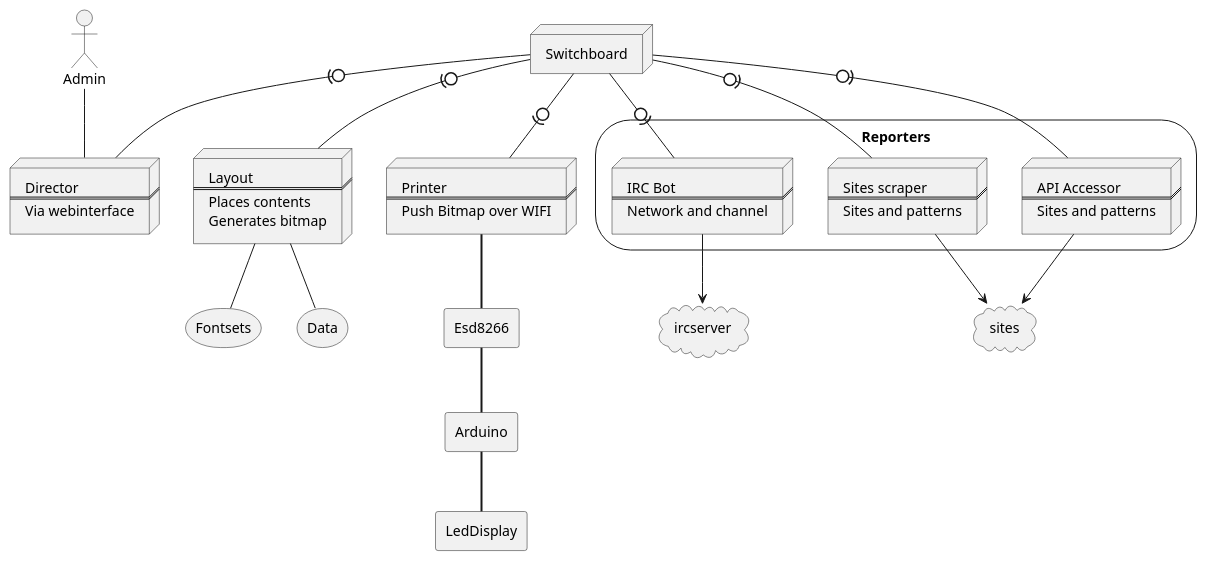
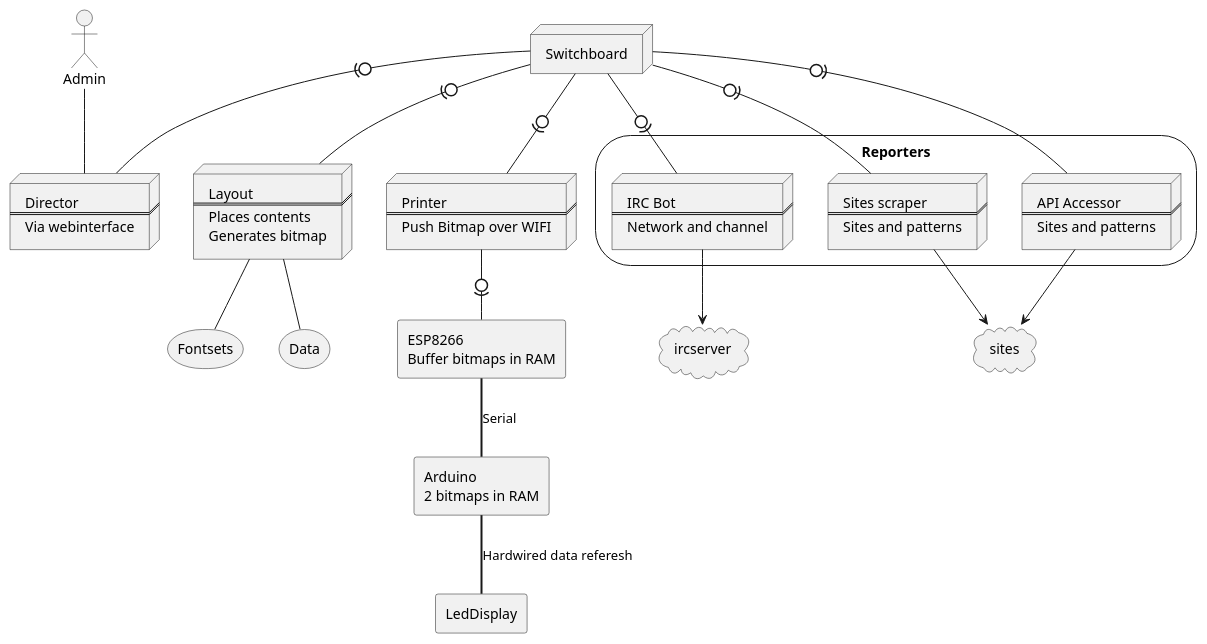
The diagram in docs/deployment.pu (chotee/ledslie-old), drawn with PlantUML before and after one commit.

Commit message:
Some more design.

```diff
--- a/docs/deployment.pu
+++ b/docs/deployment.pu
@@ -1,59 +1,66 @@
 @startuml
+actor Admin
+agent Esp8266 [
+ESP8266
+Buffer bitmaps in RAM
+]
+agent Arduino [
+Arduino
+2 bitmaps in RAM
+]
+agent LedDisplay
 node Director[
 Director
 ===
 Via webinterface
 ]
-actor Admin
 node Switchboard
 storage Reporters {
 node IRCBot [
 IRC Bot
 ===
 Network and channel
 ]
+
 node Webscraper [
 Sites scraper
 ===
 Sites and patterns
 ]
 node APIAccessor [
 API Accessor
 ===
 Sites and patterns
 ]
 }
-cloud sites 
-cloud ircserver
 node Layout [
 Layout
 ===
 Places contents
 Generates bitmap
 ]
 storage Fontsets
 storage Data
 node Printer [
 Printer
 ===
 Push Bitmap over WIFI
 ]
-agent LedDisplay
-agent Esd8266
-agent Arduino
 Admin -- Director
+cloud sites
+cloud ircserver
 Layout -- Data
 Layout -- Fontsets
 Switchboard -0)- Director
 Switchboard -0)- Printer
 Switchboard -0)- IRCBot
 Switchboard -0)- Webscraper
 Switchboard -0)- APIAccessor
 Switchboard -0)-  Layout
+Printer -0)- Esp8266
 Webscraper --> sites
 APIAccessor --> sites
 IRCBot --> ircserver
-Printer == Esd8266
-Esd8266 == Arduino
-Arduino == LedDisplay
+Esp8266 == Arduino: Serial
+Arduino == LedDisplay: Hardwired data referesh
 @enduml
```
